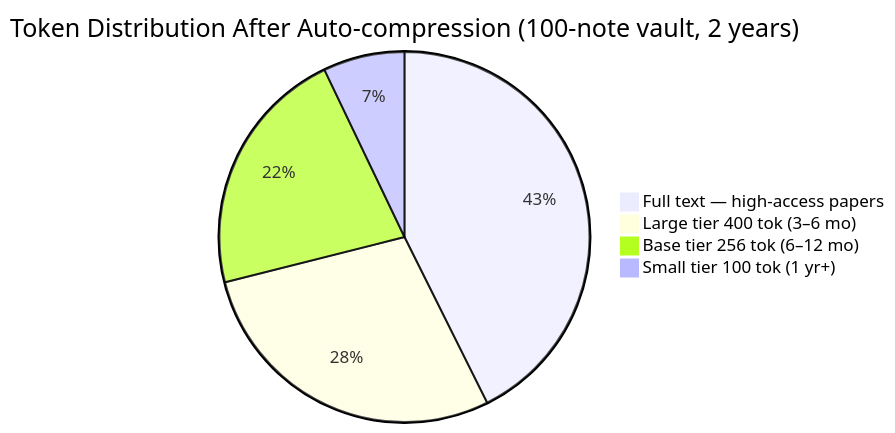
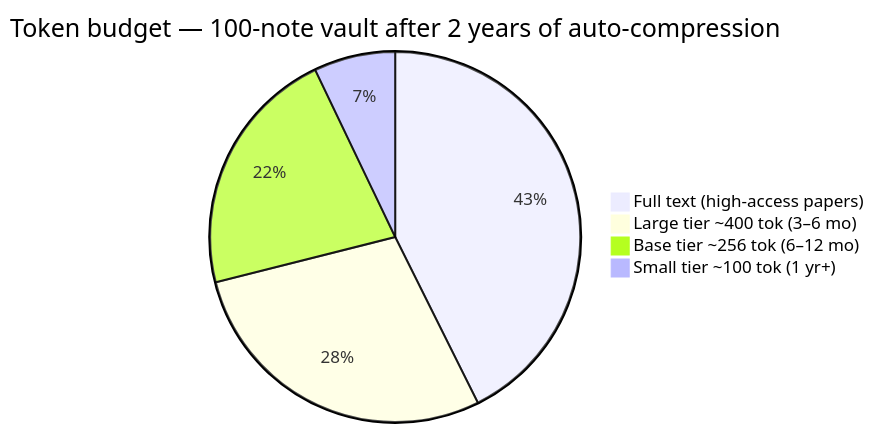
Before and after one commit to ddmanyes/second-brain-mcp: the second of 3 diagrams in README.md, drawn with Mermaid. The commit also changed other lines of this file, not shown here.

````diff
--- a/README.md
+++ b/README.md
@@ -156,7 +132,7 @@
 ```mermaid
-pie title Token Distribution After Auto-compression (100-note vault, 2 years)
-    "Full text — high-access papers" : 15000
-    "Large tier  400 tok  (3–6 mo)" : 10000
-    "Base tier   256 tok  (6–12 mo)" : 7680
-    "Small tier  100 tok  (1 yr+)" : 2500
+pie title Token budget — 100-note vault after 2 years of auto-compression
+    "Full text (high-access papers)" : 15000
+    "Large tier  ~400 tok  (3–6 mo)" : 10000
+    "Base tier   ~256 tok  (6–12 mo)" : 7680
+    "Small tier  ~100 tok  (1 yr+)" : 2500
 ```
````
